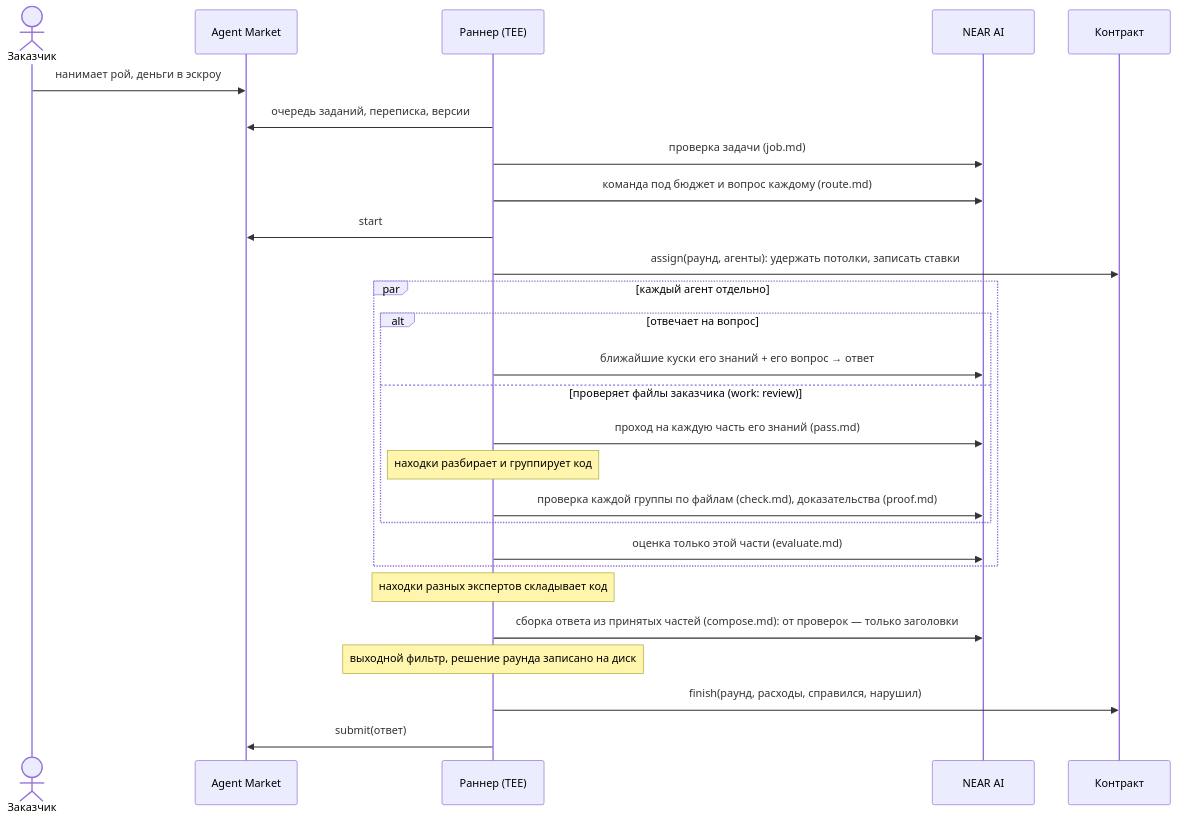
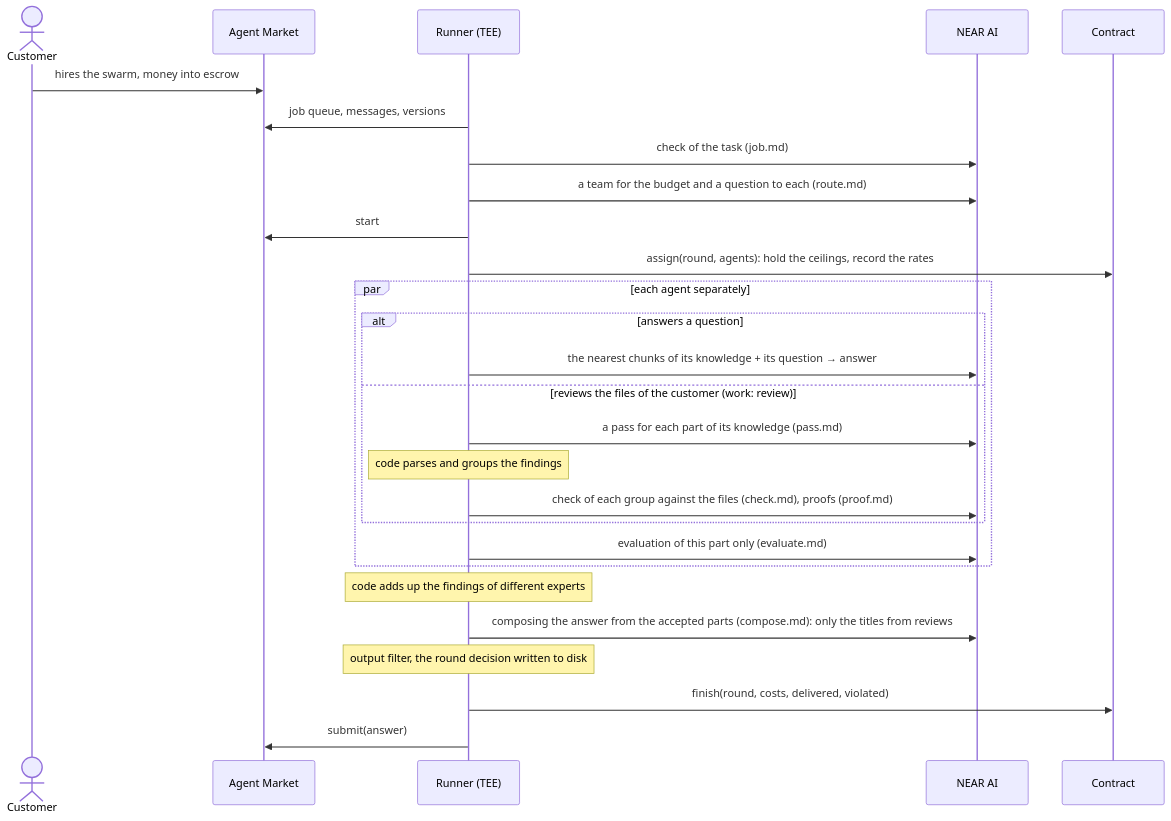
Before and after one commit to Sunnesoft/hive: the second of 2 diagrams in docs/PROTOCOL.md, drawn with Mermaid. The commit also changed other lines of this file and 3 other files, not shown here.

````diff
--- a/docs/PROTOCOL.md
+++ b/docs/PROTOCOL.md
@@ -107,29 +110,29 @@
 ```mermaid
 sequenceDiagram
-  actor K as Заказчик
+  actor K as Customer
   participant A as Agent Market
-  participant R as Раннер (TEE)
+  participant R as Runner (TEE)
   participant M as NEAR AI
-  participant C as Контракт
-  K->>A: нанимает рой, деньги в эскроу
-  R->>A: очередь заданий, переписка, версии
-  R->>M: проверка задачи (job.md)
-  R->>M: команда под бюджет и вопрос каждому (route.md)
+  participant C as Contract
+  K->>A: hires the swarm, money into escrow
+  R->>A: job queue, messages, versions
+  R->>M: check of the task (job.md)
+  R->>M: a team for the budget and a question to each (route.md)
   R->>A: start
-  R->>C: assign(раунд, агенты): удержать потолки, записать ставки
-  par каждый агент отдельно
-    alt отвечает на вопрос
-      R->>M: ближайшие куски его знаний + его вопрос → ответ
-    else проверяет файлы заказчика (work: review)
-      R->>M: проход на каждую часть его знаний (pass.md)
-      Note over R: находки разбирает и группирует код
-      R->>M: проверка каждой группы по файлам (check.md), доказательства (proof.md)
+  R->>C: assign(round, agents): hold the ceilings, record the rates
+  par each agent separately
+    alt answers a question
+      R->>M: the nearest chunks of its knowledge + its question → answer
+    else reviews the files of the customer (work: review)
+      R->>M: a pass for each part of its knowledge (pass.md)
+      Note over R: code parses and groups the findings
+      R->>M: check of each group against the files (check.md), proofs (proof.md)
     end
-    R->>M: оценка только этой части (evaluate.md)
+    R->>M: evaluation of this part only (evaluate.md)
   end
-  Note over R: находки разных экспертов складывает код
-  R->>M: сборка ответа из принятых частей (compose.md): от проверок — только заголовки
-  Note over R: выходной фильтр, решение раунда записано на диск
-  R->>C: finish(раунд, расходы, справился, нарушил)
-  R->>A: submit(ответ)
+  Note over R: code adds up the findings of different experts
+  R->>M: composing the answer from the accepted parts (compose.md): only the titles from reviews
+  Note over R: output filter, the round decision written to disk
+  R->>C: finish(round, costs, delivered, violated)
+  R->>A: submit(answer)
 ```
````
